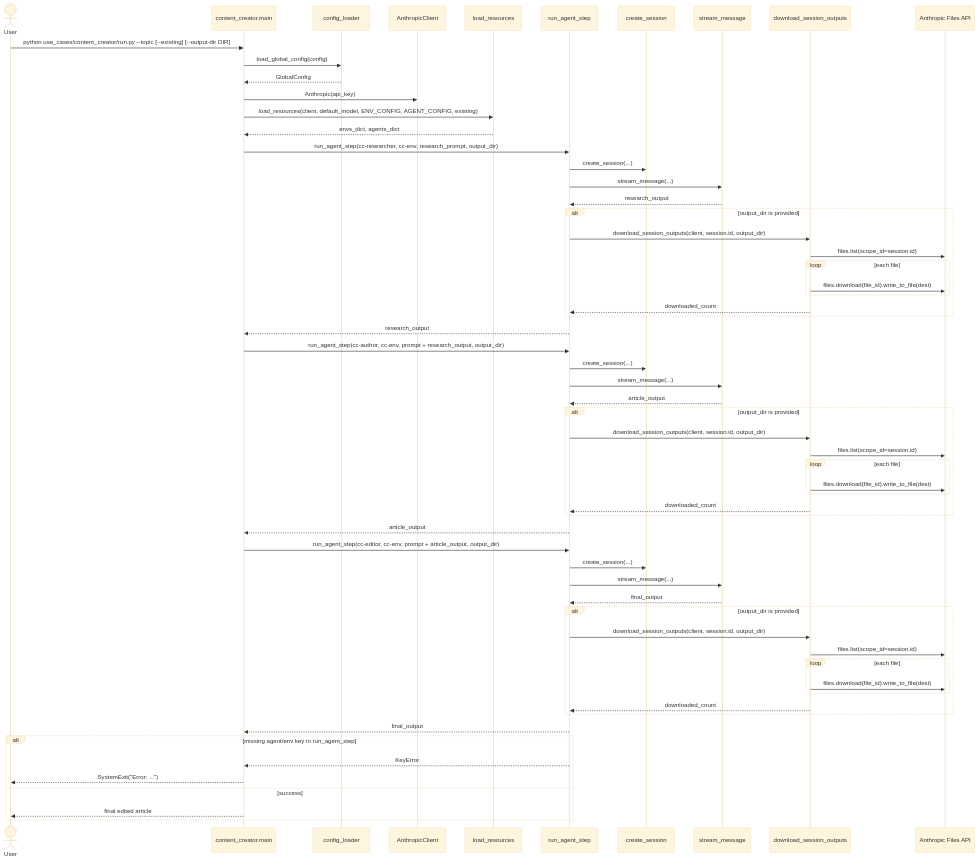
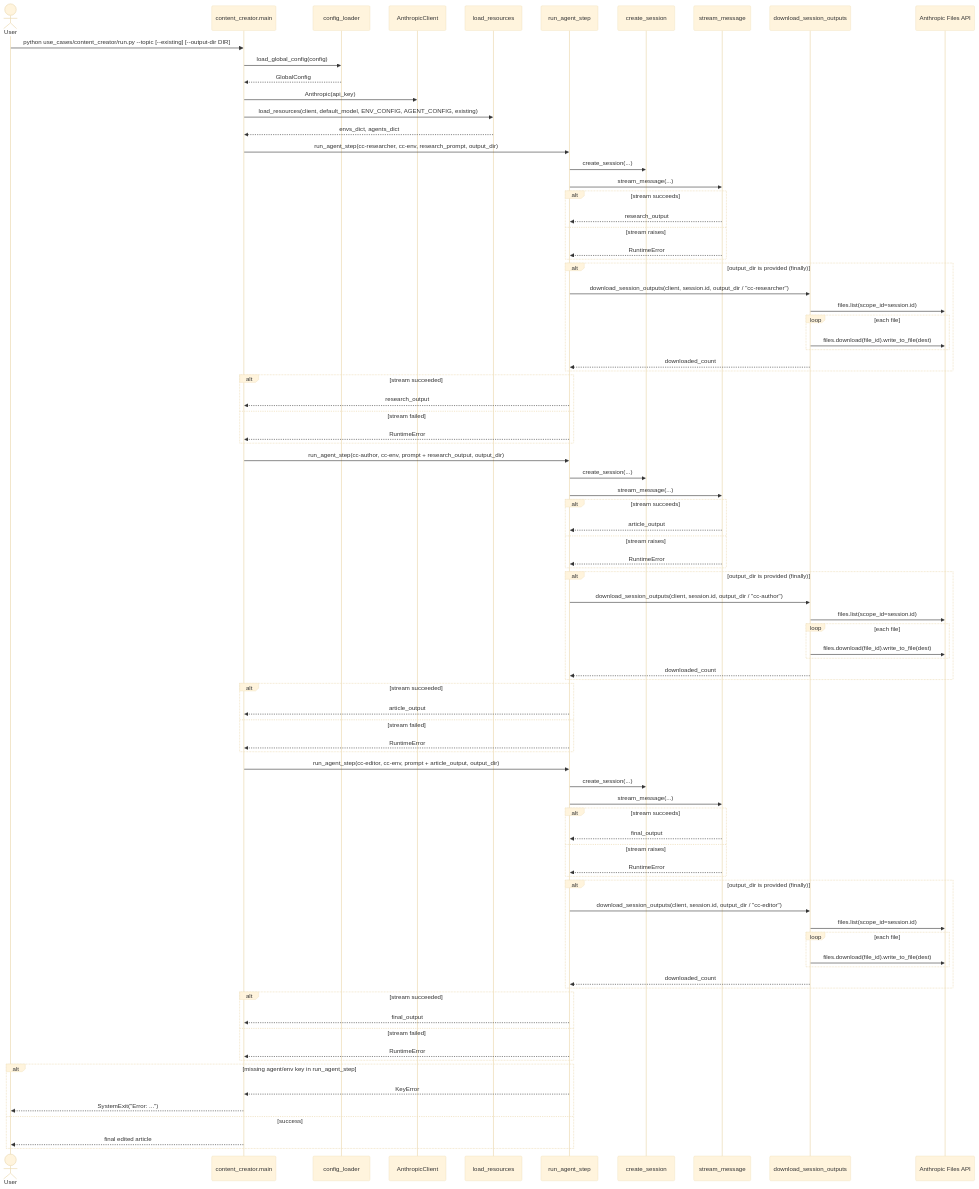
The diagram in docs/sequence_diagram_content_creator.mmd (william-coronado/claude-managed-agents), drawn with Mermaid (base theme) before and after one commit. The commit also changed 7 other files, not shown here.

Commit message:
Enhance output handling in pipelines: download session outputs into agent-specific directories and ensure downloads occur even on streaming errors; update related documentation and tests.

```diff
--- a/docs/sequence_diagram_content_creator.mmd
+++ b/docs/sequence_diagram_content_creator.mmd
@@ -1,67 +1,91 @@
 sequenceDiagram
     actor User
     participant C as content_creator.main
     participant CL as config_loader
     participant A as AnthropicClient
     participant L as load_resources
     participant P as run_agent_step
     participant S as create_session
     participant M as stream_message
     participant D as download_session_outputs
     participant F as Anthropic Files API
 
     User ->> C: python use_cases/content_creator/run.py --topic [--existing] [--output-dir DIR]
     C ->> CL: load_global_config(config)
     CL -->> C: GlobalConfig
     C ->> A: Anthropic(api_key)
     C ->> L: load_resources(client, default_model, ENV_CONFIG, AGENT_CONFIG, existing)
     L -->> C: envs_dict, agents_dict
 
     C ->> P: run_agent_step(cc-researcher, cc-env, research_prompt, output_dir)
     P ->> S: create_session(...)
     P ->> M: stream_message(...)
-    M -->> P: research_output
-    alt output_dir is provided
-        P ->> D: download_session_outputs(client, session.id, output_dir)
+    alt stream succeeds
+        M -->> P: research_output
+    else stream raises
+        M -->> P: RuntimeError
+    end
+    alt output_dir is provided (finally)
+        P ->> D: download_session_outputs(client, session.id, output_dir / "cc-researcher")
         D ->> F: files.list(scope_id=session.id)
         loop each file
             D ->> F: files.download(file_id).write_to_file(dest)
         end
         D -->> P: downloaded_count
     end
-    P -->> C: research_output
+    alt stream succeeded
+        P -->> C: research_output
+    else stream failed
+        P -->> C: RuntimeError
+    end
 
     C ->> P: run_agent_step(cc-author, cc-env, prompt + research_output, output_dir)
     P ->> S: create_session(...)
     P ->> M: stream_message(...)
-    M -->> P: article_output
-    alt output_dir is provided
-        P ->> D: download_session_outputs(client, session.id, output_dir)
+    alt stream succeeds
+        M -->> P: article_output
+    else stream raises
+        M -->> P: RuntimeError
+    end
+    alt output_dir is provided (finally)
+        P ->> D: download_session_outputs(client, session.id, output_dir / "cc-author")
         D ->> F: files.list(scope_id=session.id)
         loop each file
             D ->> F: files.download(file_id).write_to_file(dest)
         end
         D -->> P: downloaded_count
     end
-    P -->> C: article_output
+    alt stream succeeded
+        P -->> C: article_output
+    else stream failed
+        P -->> C: RuntimeError
+    end
 
     C ->> P: run_agent_step(cc-editor, cc-env, prompt + article_output, output_dir)
     P ->> S: create_session(...)
     P ->> M: stream_message(...)
-    M -->> P: final_output
-    alt output_dir is provided
-        P ->> D: download_session_outputs(client, session.id, output_dir)
+    alt stream succeeds
+        M -->> P: final_output
+    else stream raises
+        M -->> P: RuntimeError
+    end
+    alt output_dir is provided (finally)
+        P ->> D: download_session_outputs(client, session.id, output_dir / "cc-editor")
         D ->> F: files.list(scope_id=session.id)
         loop each file
             D ->> F: files.download(file_id).write_to_file(dest)
         end
         D -->> P: downloaded_count
     end
-    P -->> C: final_output
+    alt stream succeeded
+        P -->> C: final_output
+    else stream failed
+        P -->> C: RuntimeError
+    end
 
     alt missing agent/env key in run_agent_step
         P -->> C: KeyError
         C -->> User: SystemExit("Error: ...")
     else success
     C -->> User: final edited article
     end
```
